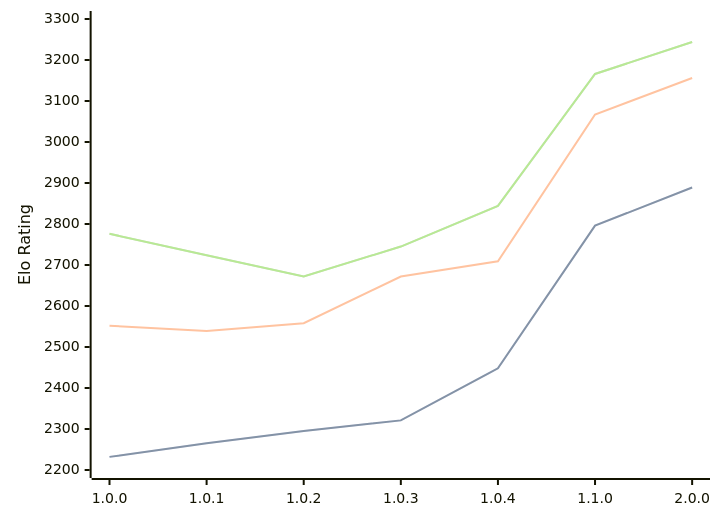
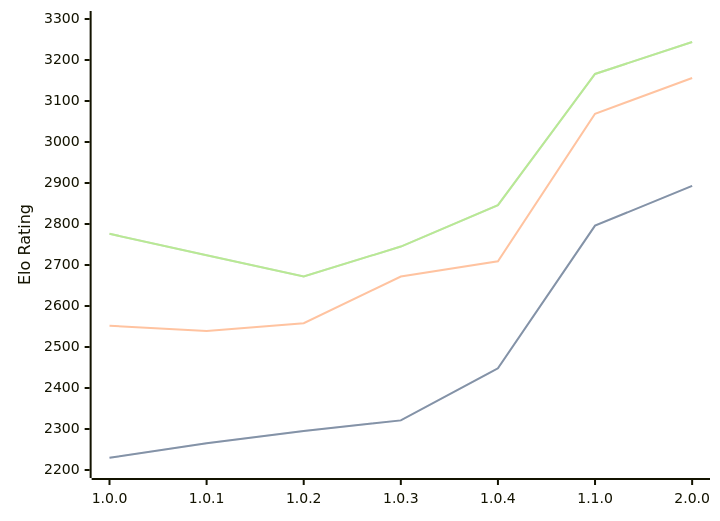
One commit to computer-chess-index/cci changed the diagram in engines/Grail.md. Above: the diagram before and after it, drawn with Mermaid. The commit also changed other lines of this file, not shown here.

Commit message:
Update CCI Ratings (ELO VLTC) - 2026-05-22

````diff
--- a/engines/Grail.md
+++ b/engines/Grail.md
@@ -37,11 +37,11 @@
 ```mermaid
 %%{init: {"theme":"base","themeVariables":{"seriesColors:['#a3a3a3','#222221','#faa371']}}}%%
 xychart-beta
   x-axis ["1.0.0", "1.0.1", "1.0.2", "1.0.3", "1.0.4", "1.1.0", "2.0.0"]
   y-axis "Elo Rating" 2200 --> 3300
-  line "STC (8.0+0.08s)" [2232, 2265, 2295, 2321, 2448, 2796, 2889]
-  line "STC (8.0+0.08s)" [2232, 2265, 2295, 2321, 2448, 2796, 2889]
-  line "LTC (60.0+0.60s)" [2552, 2539, 2558, 2672, 2709, 3067, 3156]
-  line "VLTC (2m24s+1.12s)" [2776, 2724, 2672, 2745, 2844, 3166, 3244]
-  line "VLTC (2m24s+1.12s)" [2776, 2724, 2672, 2745, 2844, 3166, 3244]
+  line "STC (8.0+0.08s)" [2230, 2265, 2295, 2321, 2448, 2796, 2893]
+  line "STC (8.0+0.08s)" [2230, 2265, 2295, 2321, 2448, 2796, 2893]
+  line "LTC (60.0+0.60s)" [2552, 2539, 2558, 2672, 2709, 3069, 3156]
+  line "VLTC (2m24s+1.12s)" [2776, 2724, 2672, 2745, 2846, 3166, 3244]
+  line "VLTC (2m24s+1.12s)" [2776, 2724, 2672, 2745, 2846, 3166, 3244]
 ```
````
